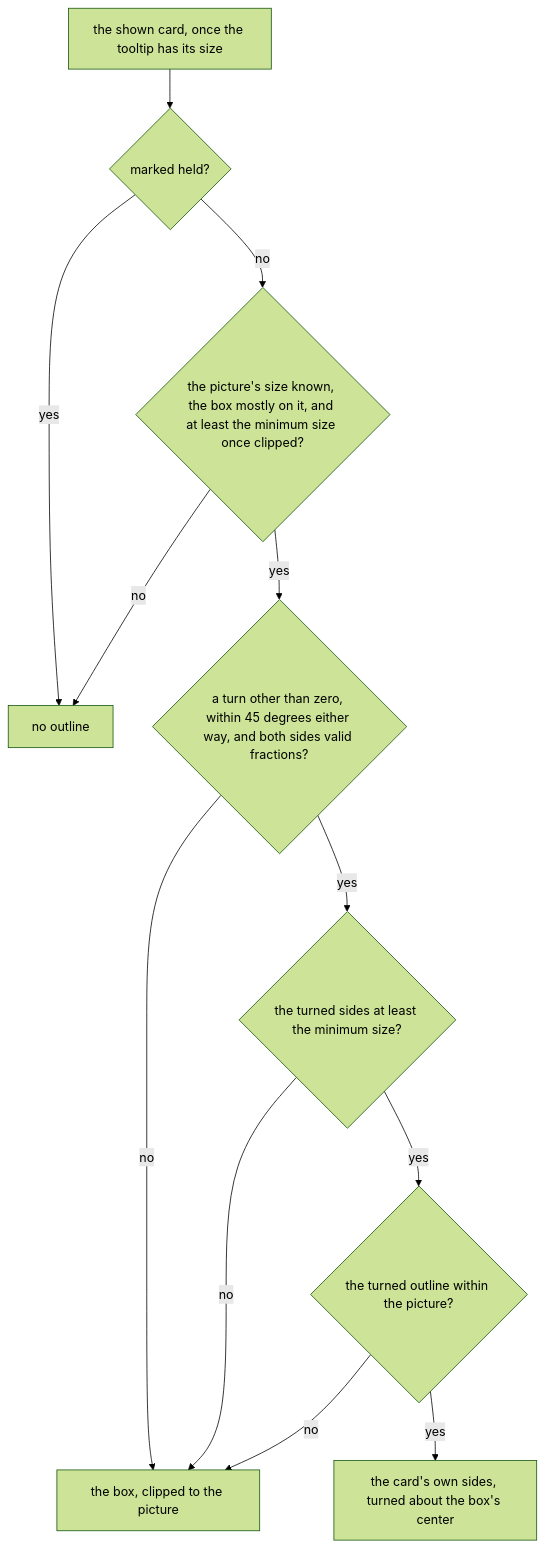
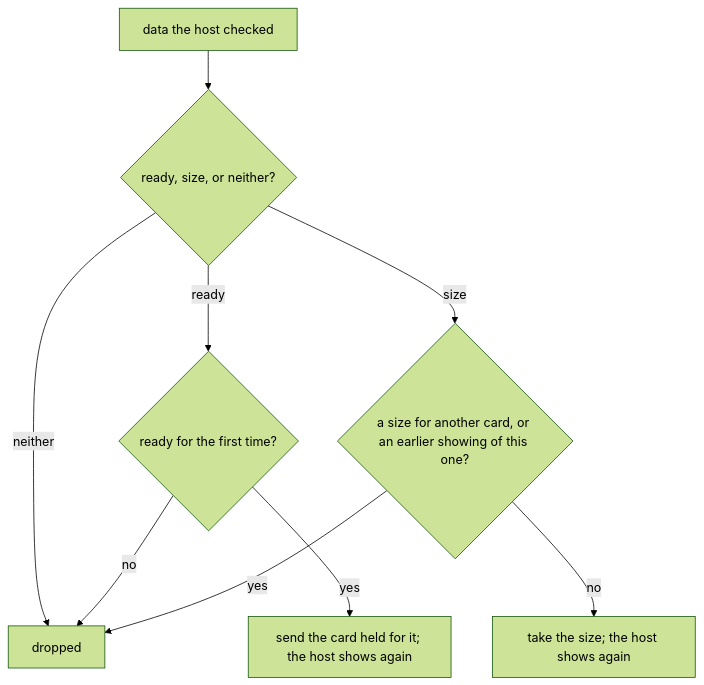
The eighth of 12 diagrams in docs/hover-map.md (ryangswe/kenbunshoku), drawn with Mermaid (forest theme) before and after one commit. The commit also changed other lines of this file and 96 other files, not shown here.

````diff
--- a/docs/hover-map.md
+++ b/docs/hover-map.md
@@ -453,24 +326,19 @@
 ```mermaid
 flowchart TD
-  IN["the shown card, once the tooltip has its size"]
-  HELD{"marked held?"}
-  NOOUT["no outline"]
-  BOX{"the picture's size known, the box mostly on it, and at least the minimum size once clipped?"}
-  TURN{"a turn other than zero, within 45 degrees either way, and both sides valid fractions?"}
-  BIG{"the turned sides at least the minimum size?"}
-  FITS{"the turned outline within the picture?"}
-  UPRIGHT["the box, clipped to the picture"]
-  TURNED["the card's own sides, turned about the box's center"]
+  IN["data the host checked"]
+  KIND{"ready, size, or neither?"}
+  DROP["dropped"]
+  READY{"ready for the first time?"}
+  SEND["send the card held for it; the host shows again"]
+  STALE{"a size for another card, or an earlier showing of this one?"}
+  TAKE["take the size; the host shows again"]
 
-  IN --> HELD
-  HELD -->|yes| NOOUT
-  HELD -->|no| BOX
-  BOX -->|no| NOOUT
-  BOX -->|yes| TURN
-  TURN -->|no| UPRIGHT
-  TURN -->|yes| BIG
-  BIG -->|no| UPRIGHT
-  BIG -->|yes| FITS
-  FITS -->|no| UPRIGHT
-  FITS -->|yes| TURNED
+  IN --> KIND
+  KIND -->|neither| DROP
+  KIND -->|ready| READY
+  READY -->|no| DROP
+  READY -->|yes| SEND
+  KIND -->|size| STALE
+  STALE -->|yes| DROP
+  STALE -->|no| TAKE
 ```
````
